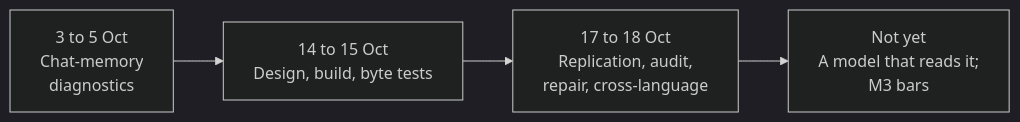
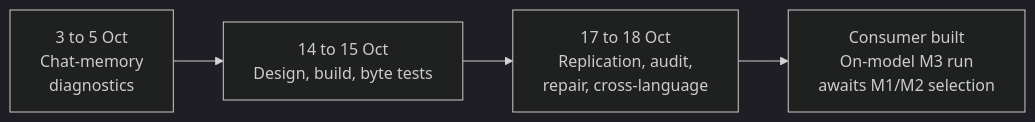
One commit to UOR-Foundation/uor-r4 changed the diagram in docs/research/lines/m3-durable-memory.md. Above: the diagram before and after it, drawn with Mermaid (dark theme). The commit also changed other lines of this file and 145 other files, not shown here.

````diff
--- a/docs/research/lines/m3-durable-memory.md
+++ b/docs/research/lines/m3-durable-memory.md
@@ -16,6 +16,6 @@
 ```mermaid
 flowchart LR
   A["3 to 5 Oct<br/>Chat-memory<br/>diagnostics"] --> B["14 to 15 Oct<br/>Design, build, byte tests"]
   B --> C["17 to 18 Oct<br/>Replication, audit,<br/>repair, cross-language"]
-  C --> D["Not yet<br/>A model that reads it;<br/>M3 bars"]
+  C --> D["Consumer built<br/>On-model M3 run<br/>awaits M1/M2 selection"]
 ```
````
